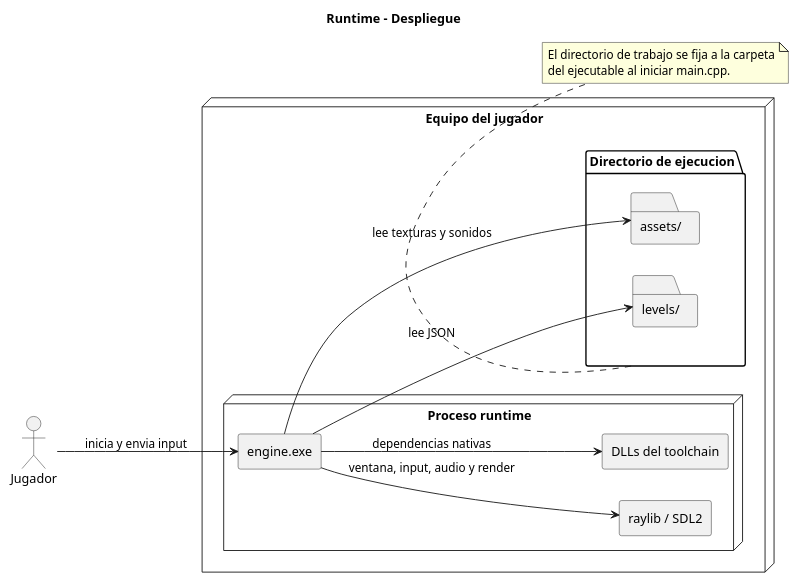
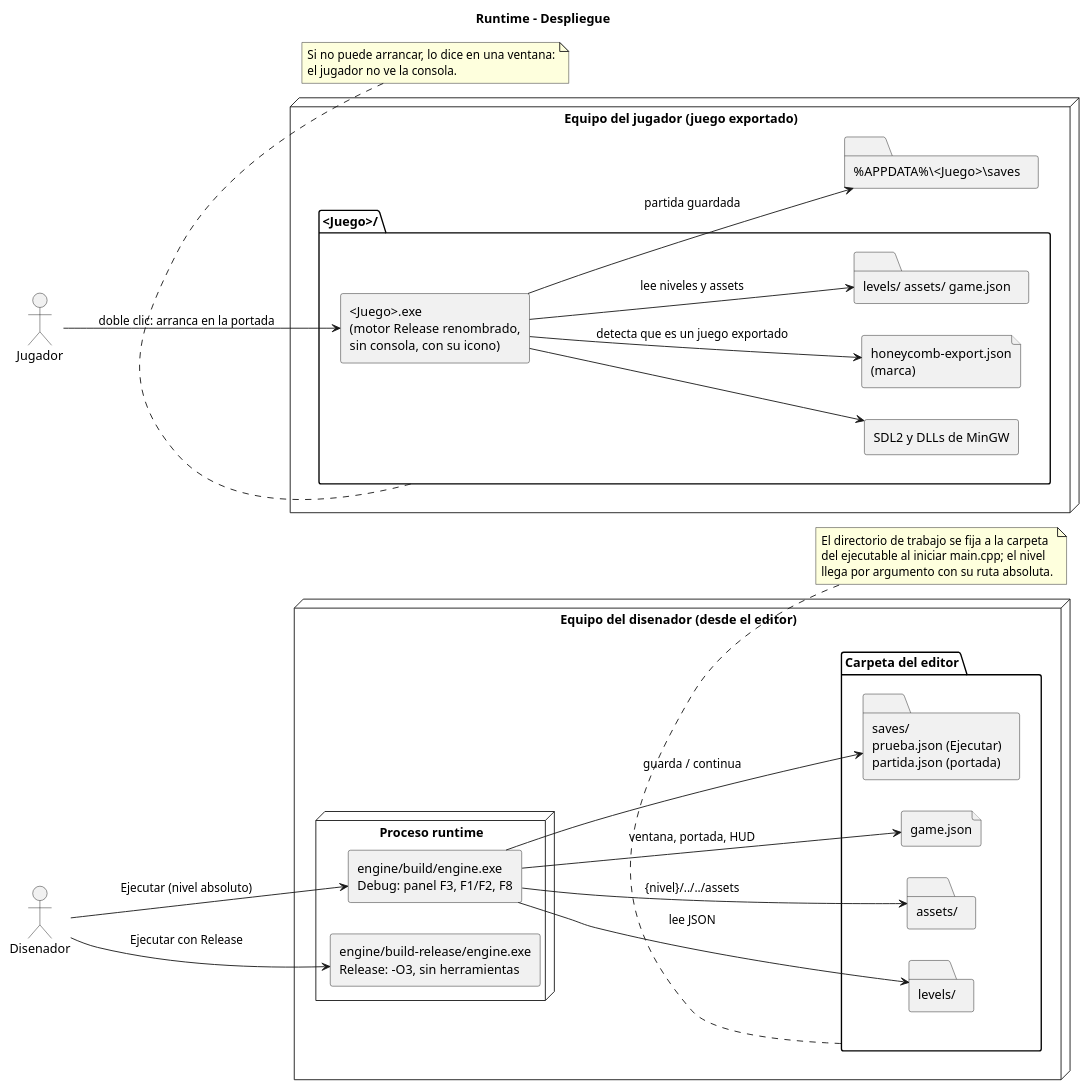
Before and after one commit to dannn-36/HoneyCombEngine-PlataformaNoCode-2.5D: the diagram in docs/architecture/runtime-deployment.puml, drawn with PlantUML. The commit also changed 11 other files, not shown here.

First line of the commit message:
HoneyComb - Actualizar diagramas de arquitectura

```diff
--- a/docs/architecture/runtime-deployment.puml
+++ b/docs/architecture/runtime-deployment.puml
@@ -1,29 +1,54 @@
 @startuml runtime-deployment
 title Runtime - Despliegue
 left to right direction
 skinparam componentStyle rectangle
 
-node "Equipo del jugador" as machine {
-  node "Proceso runtime" as process {
-    component "engine.exe" as exe
-    component "raylib / SDL2" as libs
-    component "DLLs del toolchain" as toolchain
+actor "Disenador" as designer
+actor "Jugador" as player
+
+node "Equipo del disenador (desde el editor)" as devMachine {
+  node "Proceso runtime" as devProcess {
+    component "engine/build/engine.exe\nDebug: panel F3, F1/F2, F8" as debugExe
+    component "engine/build-release/engine.exe\nRelease: -O3, sin herramientas" as releaseExe
   }
-  folder "Directorio de ejecucion" as data {
+  folder "Carpeta del editor" as project {
     folder "levels/" as levels
     folder "assets/" as assets
+    file "game.json" as gameJson
+    folder "saves/\nprueba.json (Ejecutar)\npartida.json (portada)" as devSaves
   }
 }
 
-actor "Jugador" as player
-player --> exe : inicia y envia input
-exe --> libs : ventana, input, audio y render
-exe --> toolchain : dependencias nativas
-exe --> levels : lee JSON
-exe --> assets : lee texturas y sonidos
+node "Equipo del jugador (juego exportado)" as playerMachine {
+  folder "<Juego>/" as gameDir {
+    component "<Juego>.exe\n(motor Release renombrado,\nsin consola, con su icono)" as gameExe
+    component "SDL2 y DLLs de MinGW" as dlls
+    file "honeycomb-export.json\n(marca)" as mark
+    folder "levels/ assets/ game.json" as gameData
+  }
+  folder "%APPDATA%\\<Juego>\\saves" as userSaves
+}
 
-note bottom of data
+designer --> debugExe : Ejecutar (nivel absoluto)
+designer --> releaseExe : Ejecutar con Release
+debugExe --> levels : lee JSON
+debugExe --> assets : {nivel}/../../assets
+debugExe --> gameJson : ventana, portada, HUD
+debugExe --> devSaves : guarda / continua
+player --> gameExe : doble clic: arranca en la portada
+gameExe --> dlls
+gameExe --> mark : detecta que es un juego exportado
+gameExe --> gameData : lee niveles y assets
+gameExe --> userSaves : partida guardada
+
+note bottom of project
 El directorio de trabajo se fija a la carpeta
-del ejecutable al iniciar main.cpp.
+del ejecutable al iniciar main.cpp; el nivel
+llega por argumento con su ruta absoluta.
+end note
+
+note bottom of gameDir
+Si no puede arrancar, lo dice en una ventana:
+el jugador no ve la consola.
 end note
 @enduml
```
